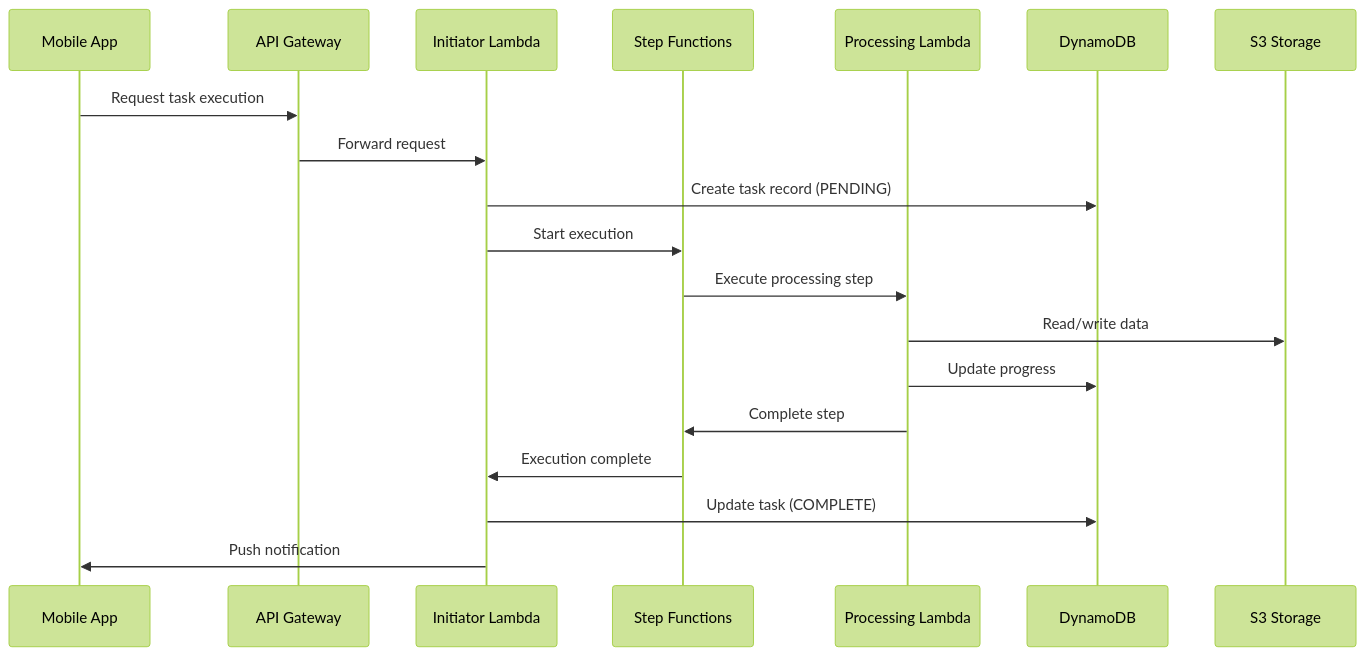
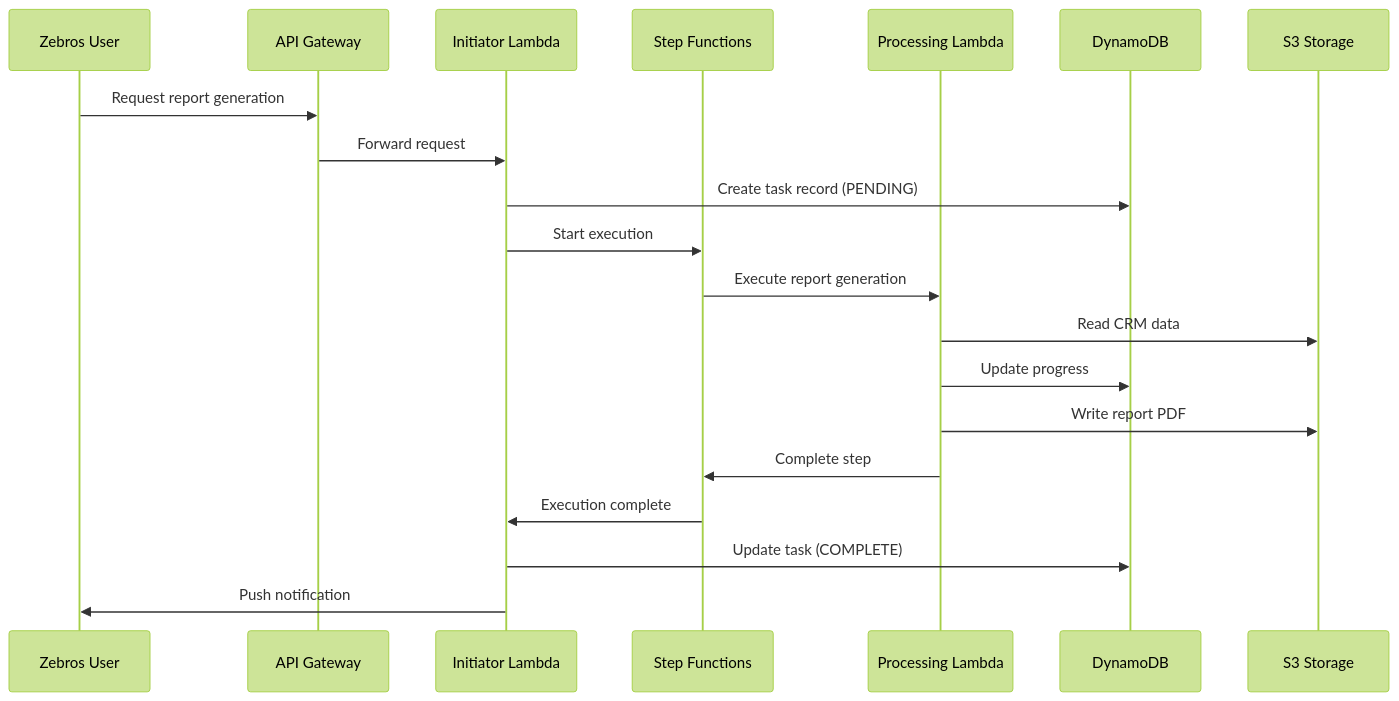
The third of 8 diagrams in architecture/long-running.md (philkunz/fargate), drawn with Mermaid (forest theme) before and after one commit. The commit also changed other lines of this file and 11 other files, not shown here.

Commit message:
feat(documentation): Revamp Zebros CRM serverless architecture documentation with updated diagrams, expanded API, authentication, long-running tasks, data storage, and scaling details

````diff
--- a/architecture/long-running.md
+++ b/architecture/long-running.md
@@ -46,22 +75,23 @@
 ```mermaid
 sequenceDiagram
-    participant App as Mobile App
+    participant User as Zebros User
     participant API as API Gateway
     participant Lambda as Initiator Lambda
     participant Step as Step Functions
     participant Process as Processing Lambda
     participant DB as DynamoDB
     participant S3 as S3 Storage
     
-    App->>API: Request task execution
+    User->>API: Request report generation
     API->>Lambda: Forward request
     Lambda->>DB: Create task record (PENDING)
     Lambda->>Step: Start execution
-    Step->>Process: Execute processing step
-    Process->>S3: Read/write data
+    Step->>Process: Execute report generation
+    Process->>S3: Read CRM data
     Process->>DB: Update progress
+    Process->>S3: Write report PDF
     Process->>Step: Complete step
     Step->>Lambda: Execution complete
     Lambda->>DB: Update task (COMPLETE)
-    Lambda->>App: Push notification
+    Lambda->>User: Push notification
 ```
````
